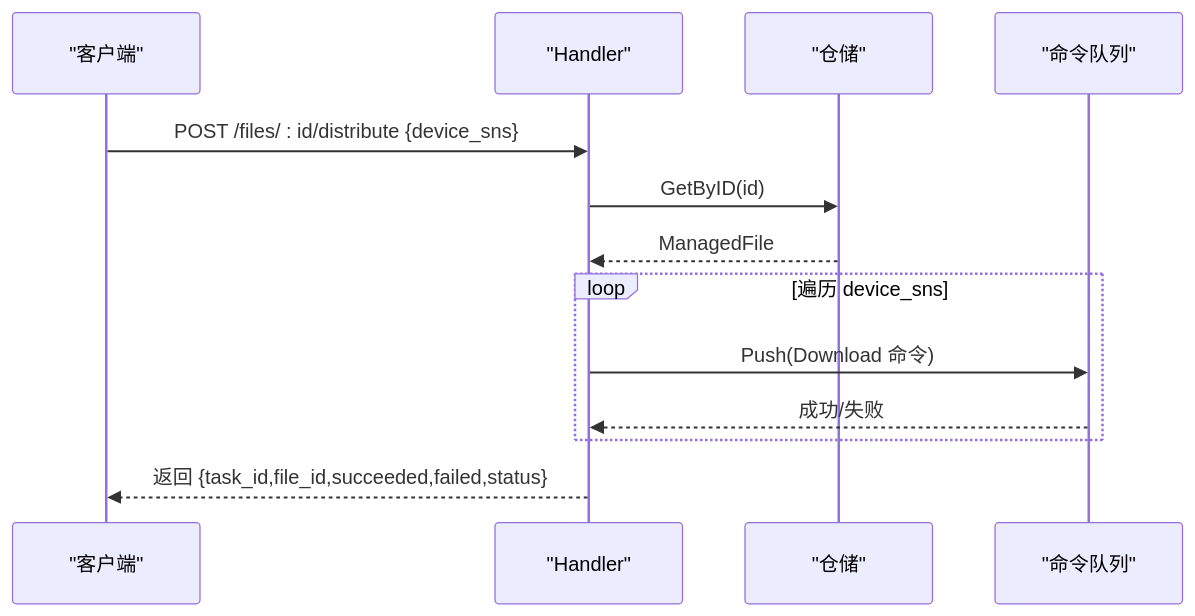
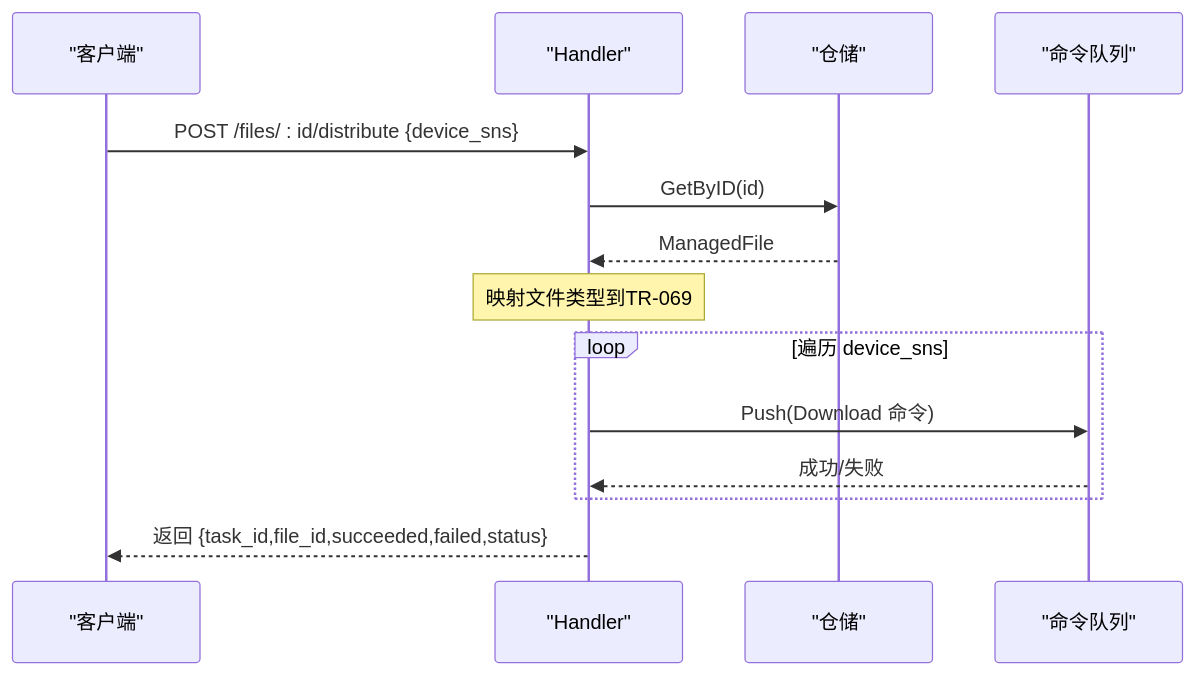
The sixth of 9 diagrams in .qoder/repowiki/zh/content/核心模块/文件管理模块/文件管理模块.md (bixinhaner/xomc), drawn with Mermaid before and after one commit. The commit also changed other lines of this file and 4 other files, not shown here.

````diff
--- a/.qoder/repowiki/zh/content/核心模块/文件管理模块/文件管理模块.md
+++ b/.qoder/repowiki/zh/content/核心模块/文件管理模块/文件管理模块.md
@@ -226,15 +267,16 @@
 ```mermaid
 sequenceDiagram
 participant Client as "客户端"
 participant Handler as "Handler"
 participant Repo as "仓储"
 participant CmdQ as "命令队列"
 Client->>Handler : POST /files/ : id/distribute {device_sns}
 Handler->>Repo : GetByID(id)
 Repo-->>Handler : ManagedFile
+Note over Handler : 映射文件类型到TR-069
 loop 遍历 device_sns
 Handler->>CmdQ : Push(Download 命令)
 CmdQ-->>Handler : 成功/失败
 end
 Handler-->>Client : 返回 {task_id,file_id,succeeded,failed,status}
 ```
````
